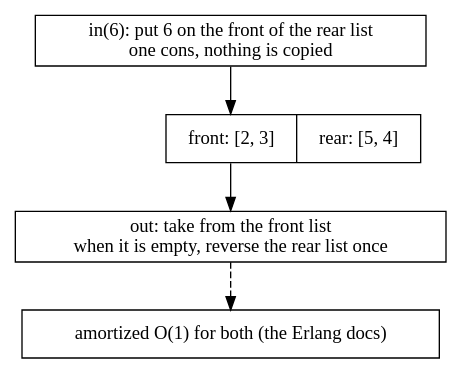
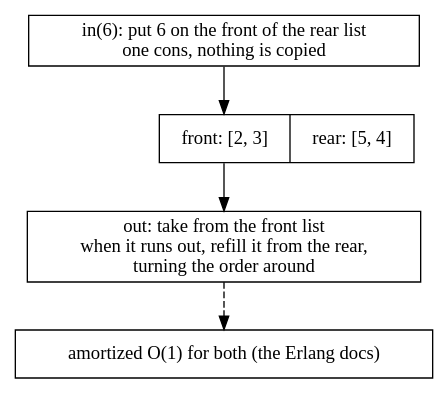
Before and after one commit to danceinthefake/visualixir: the diagram in docs/diagrams/erlang-libraries/uth-queue.dot, drawn with Graphviz. The commit also changed 37 other files, not shown here.

```diff
--- a/docs/diagrams/erlang-libraries/uth-queue.dot
+++ b/docs/diagrams/erlang-libraries/uth-queue.dot
@@ -1,11 +1,11 @@
 digraph queue {
   node [shape=record]
   q [label="<f>front: [2, 3] | rear: [5, 4]"]
   node [shape=box]
   in [label="in(6): put 6 on the front of the rear list\none cons, nothing is copied"]
-  out [label="out: take from the front list\nwhen it is empty, reverse the rear list once"]
+  out [label="out: take from the front list\nwhen it runs out, refill it from the rear,\nturning the order around"]
   note [label="amortized O(1) for both (the Erlang docs)" class=hl]
   in -> q:f
   q:f -> out
   out -> note [style=dashed]
 }
```
